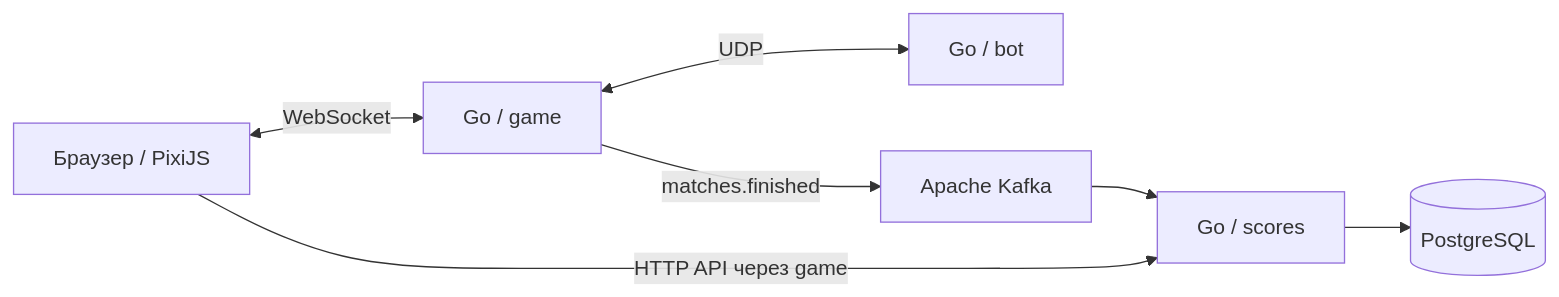
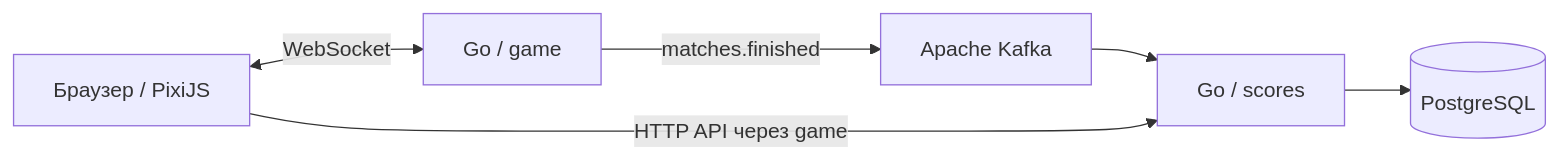
Before and after one commit to lagatun54/orbital-run: the diagram in README.md, drawn with Mermaid. The commit also changed other lines of this file and 68 other files, not shown here.

````diff
--- a/README.md
+++ b/README.md
@@ -44,9 +69,8 @@
 ```mermaid
 flowchart LR
     Browser["Браузер / PixiJS"] <-->|WebSocket| Game["Go / game"]
-    Game <-->|UDP| Bot["Go / bot"]
     Game -->|"matches.finished"| Kafka["Apache Kafka"]
     Kafka --> Scores["Go / scores"]
     Scores --> PG[("PostgreSQL")]
     Browser -->|"HTTP API через game"| Scores
 ```
````
